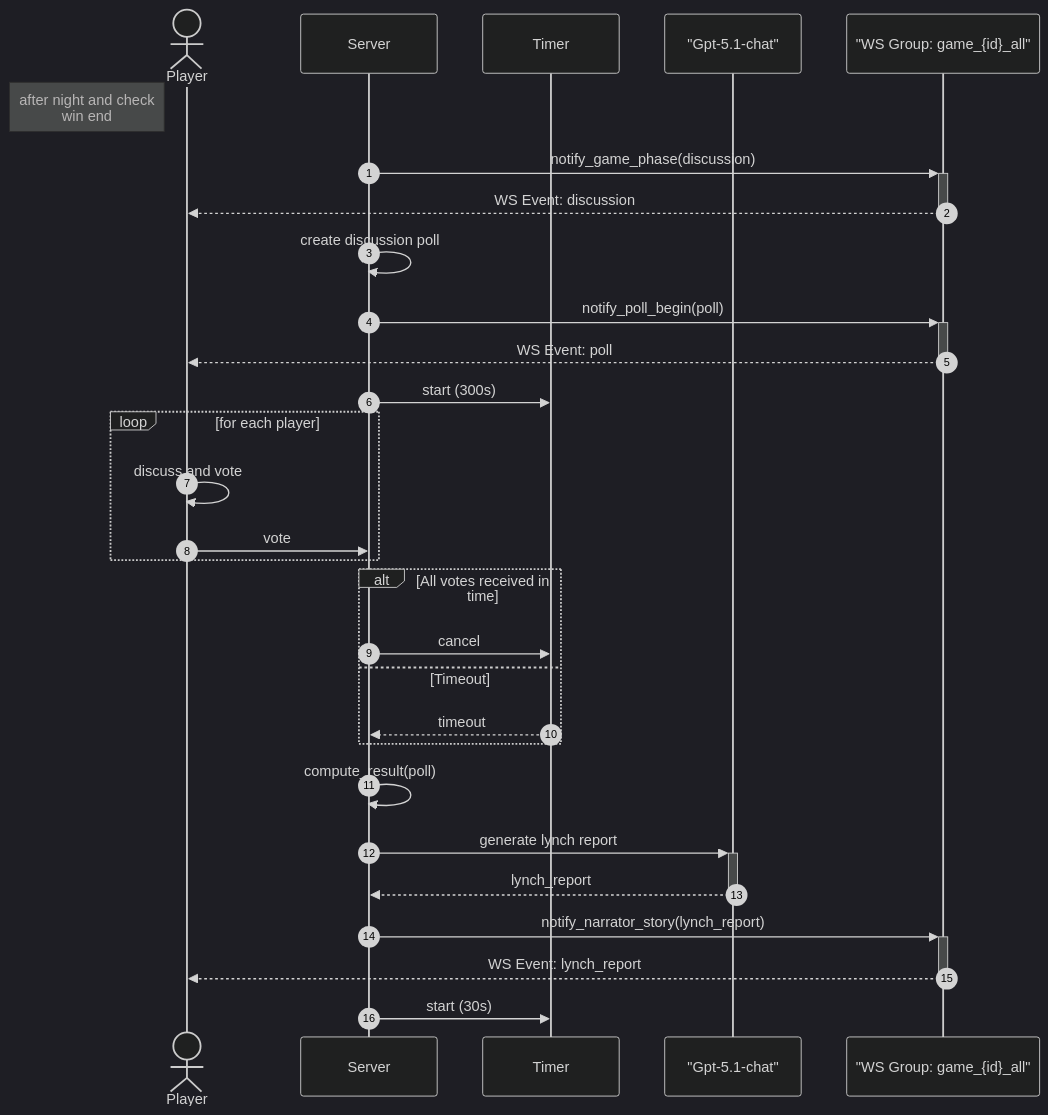
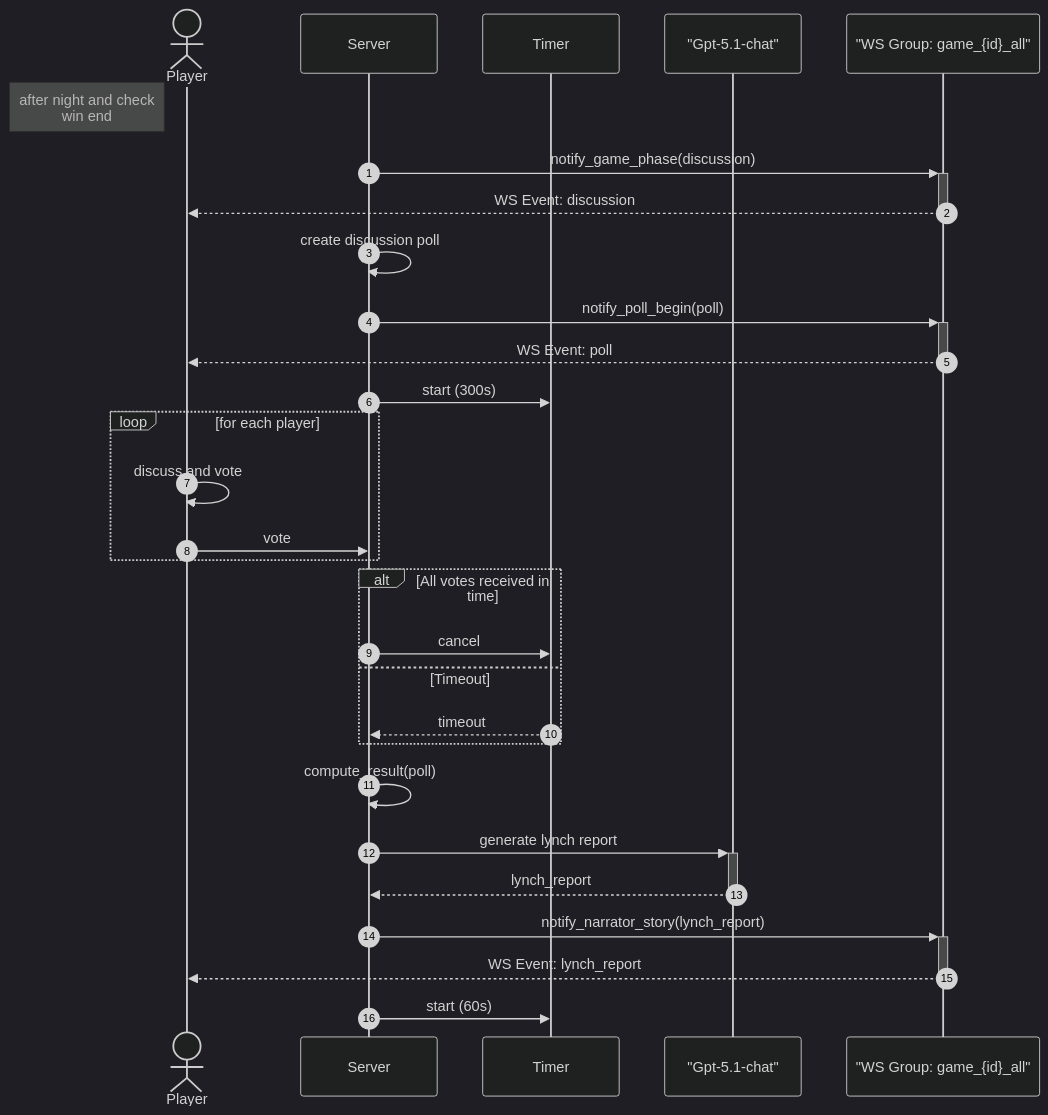
One commit to rivaPolimi/LLMinFabula changed the diagram in Documentation/Diagram/lynch_sequence_diagram.mmd. Above: the diagram before and after it, drawn with Mermaid (dark theme). The commit also changed 15 other files, not shown here.

```diff
--- a/Documentation/Diagram/lynch_sequence_diagram.mmd
+++ b/Documentation/Diagram/lynch_sequence_diagram.mmd
@@ -1,34 +1,34 @@
 sequenceDiagram
     autonumber
     actor Player
     participant Server
     participant Timer
     participant Bot as "Gpt-5.1-chat"
     participant GameGroup as "WS Group: game_{id}_all"
 
     Note left of Player: after night and check <br> win end
     Server ->>+ GameGroup: notify_game_phase(discussion)
     GameGroup -->>- Player: WS Event: discussion
 
     Server ->> Server: create discussion poll
     Server ->>+ GameGroup: notify_poll_begin(poll)
     GameGroup -->>- Player: WS Event: poll
     Server ->> Timer: start (300s)
 
     loop for each player
         Player ->> Player: discuss and vote
         Player ->> Server: vote
     end
 
     alt  All votes received in time
         Server ->> Timer: cancel
     else Timeout
         Timer -->> Server: timeout
     end
 
     Server ->> Server: compute_result(poll)
     Server ->>+ Bot: generate lynch report
     Bot -->>- Server: lynch_report
     Server ->>+ GameGroup: notify_narrator_story(lynch_report)
     GameGroup -->>- Player: WS Event: lynch_report
-    Server ->> Timer: start (30s)
+    Server ->> Timer: start (60s)
```
